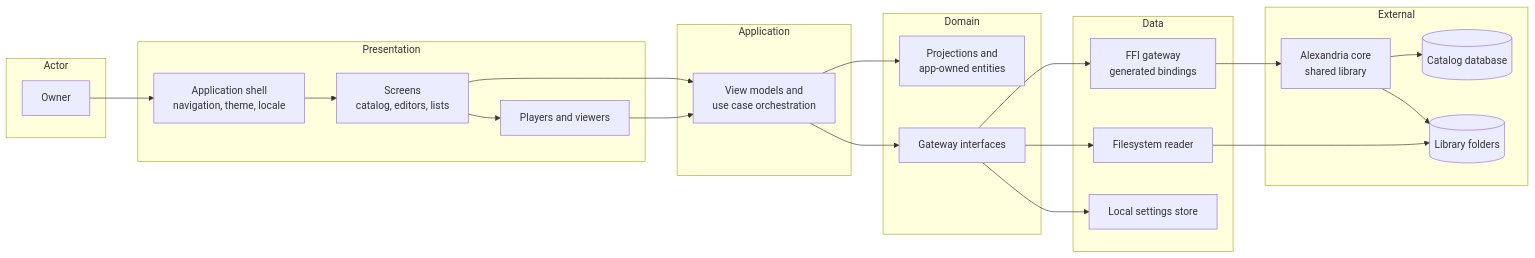
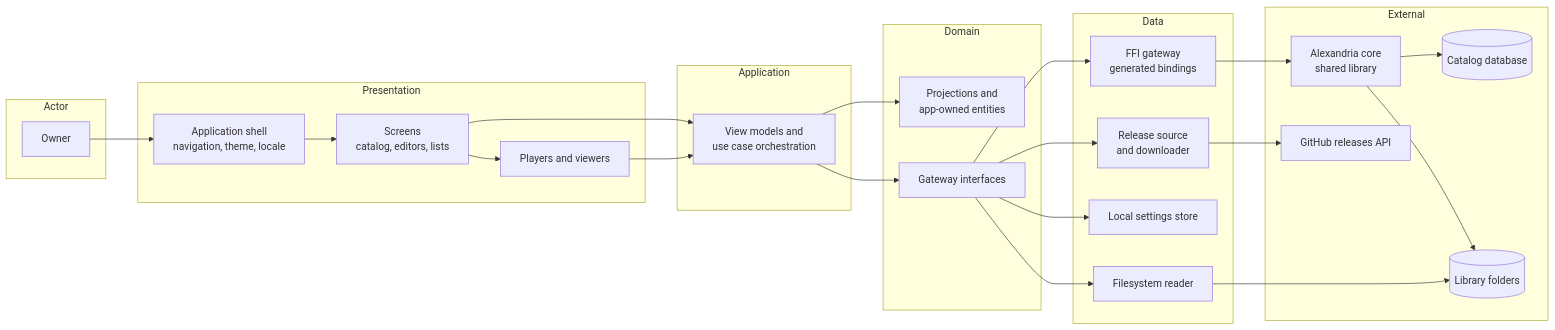
Before and after one commit to artur-rios/alexandria-ui: the first of 3 diagrams in docs/requirements/System Requirements Document.md, drawn with Mermaid. The commit also changed other lines of this file and 8 other files, not shown here.

````diff
--- a/docs/requirements/System Requirements Document.md
+++ b/docs/requirements/System Requirements Document.md
@@ -64,48 +65,52 @@
 ```mermaid
 graph LR
     subgraph Actor
         OWNER[Owner]
     end
 
     subgraph Presentation
         SHELL[Application shell<br/>navigation, theme, locale]
         SCREENS[Screens<br/>catalog, editors, lists]
         PLAYERS[Players and viewers]
     end
 
     subgraph Application
         VM[View models and<br/>use case orchestration]
     end
 
     subgraph Domain
         MODELS[Projections and<br/>app-owned entities]
         PORTS[Gateway interfaces]
     end
 
     subgraph Data
         FFI[FFI gateway<br/>generated bindings]
         FILES[Filesystem reader]
         PREFS[Local settings store]
+        RELEASES[Release source<br/>and downloader]
     end
 
     subgraph External
         CORE[Alexandria core<br/>shared library]
         DB[(Catalog database)]
         DISK[(Library folders)]
+        GITHUB[GitHub releases API]
     end
 
     OWNER --> SHELL
     SHELL --> SCREENS
     SCREENS --> PLAYERS
     SCREENS --> VM
     PLAYERS --> VM
     VM --> PORTS
     VM --> MODELS
     PORTS --> FFI
     PORTS --> FILES
     PORTS --> PREFS
+    PORTS --> RELEASES
     FFI --> CORE
     CORE --> DB
     CORE --> DISK
     FILES --> DISK
+    RELEASES --> GITHUB
 ```
````
